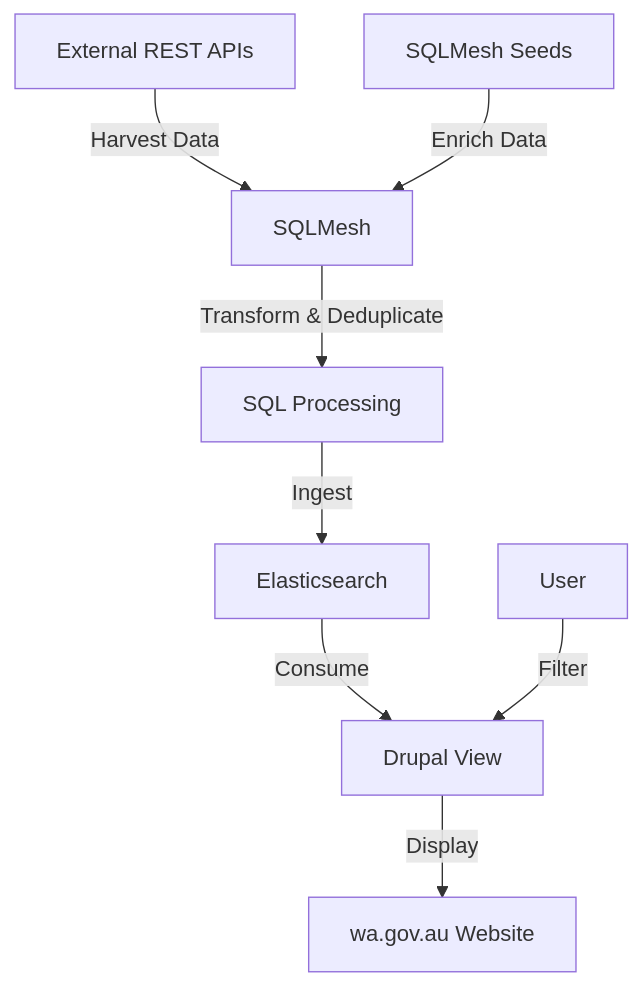
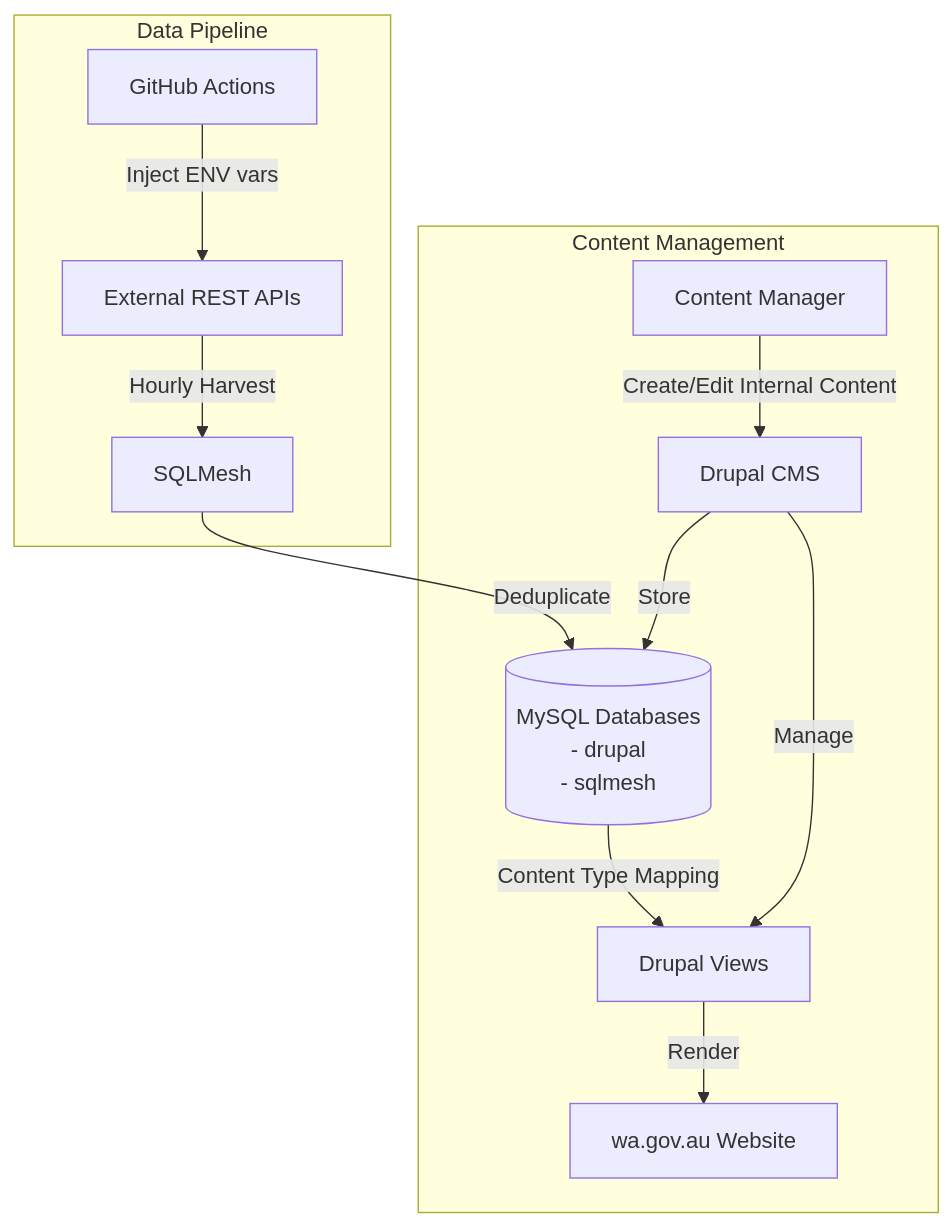
Before and after one commit to wagov-dtt/wa.gov.au_harvest-consultations: the diagram in README.md, drawn with Mermaid. The commit also changed other lines of this file, not shown here.

````diff
--- a/README.md
+++ b/README.md
@@ -13,11 +10,16 @@
 ```mermaid
 graph TD
-    A[External REST APIs] -->|Harvest Data| B[SQLMesh]
-    H[SQLMesh Seeds] -->|Enrich Data| B
-    B -->|Transform & Deduplicate| C[SQL Processing]
-    C -->|Ingest| D[Elasticsearch]
-    D -->|Consume| E[Drupal View]
-    E -->|Display| F[wa.gov.au Website]
-    G[User] -->|Filter| E
-
+    subgraph "Data Pipeline"
+        GH[GitHub Actions] -->|Inject ENV vars| A
+        A[External REST APIs] -->|Hourly Harvest| B[SQLMesh]
+    end
+    subgraph "Content Management"
+        B -->|Deduplicate| DB
+        DB[(MySQL Databases<br>- drupal<br>- sqlmesh)]
+        DB -->|Content Type Mapping| E[Drupal Views]
+        E -->|Render| F[wa.gov.au Website]
+        CM[Content Manager] -->|Create/Edit Internal Content| D[Drupal CMS]
+        D -->|Store| DB
+        D -->|Manage| E
+    end
 ```
````
